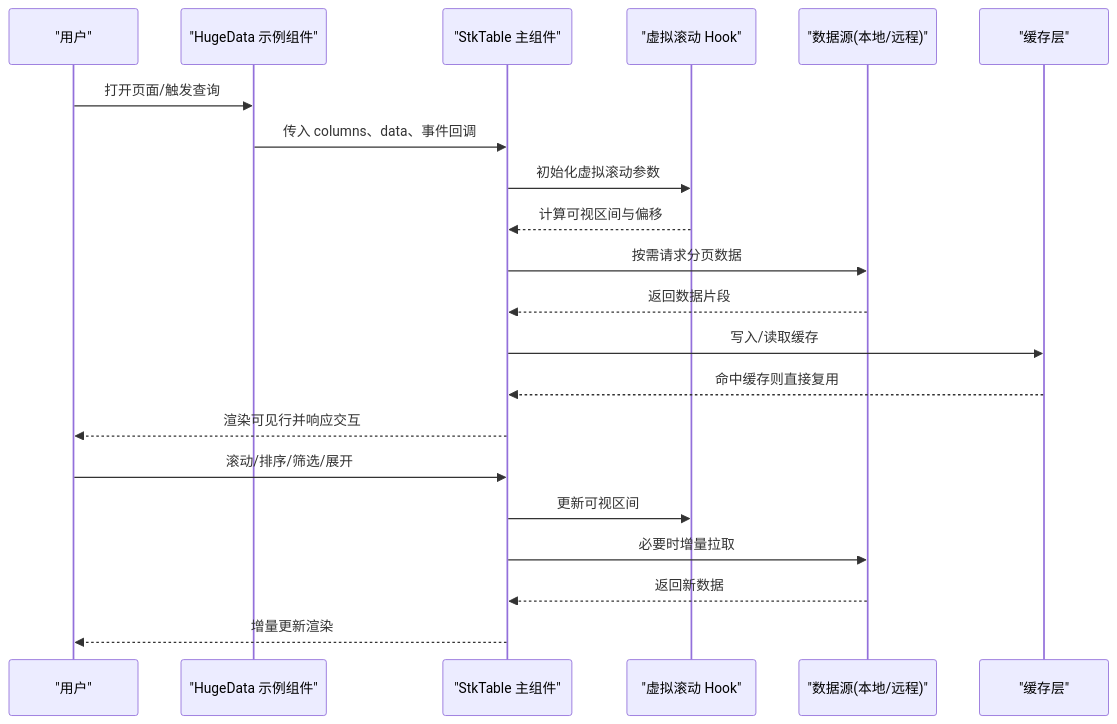
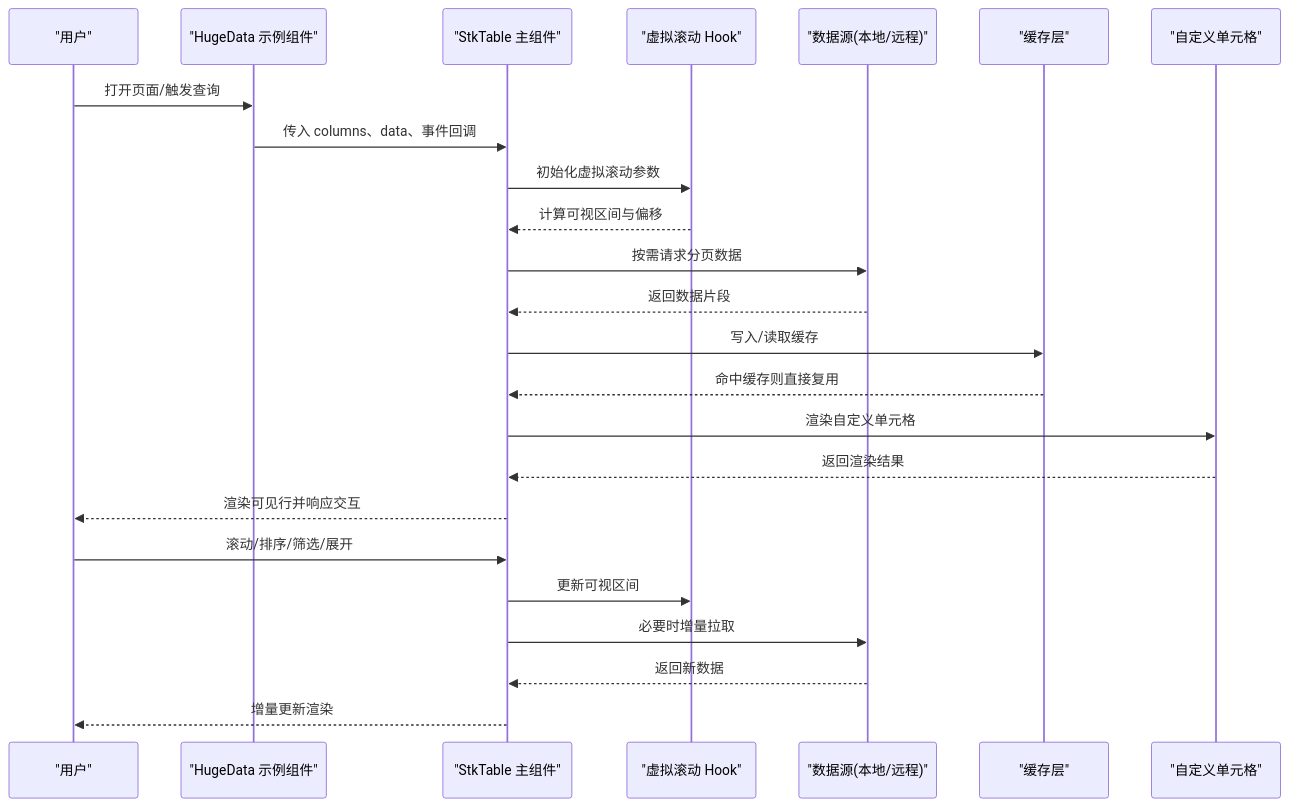
Before and after one commit to ja-plus/stk-table-vue: the second of 12 diagrams in .qoder/repowiki/zh/content/示例演示/大数据处理示例.md, drawn with Mermaid. The commit also changed other lines of this file and 56 other files, not shown here.

````diff
--- a/.qoder/repowiki/zh/content/示例演示/大数据处理示例.md
+++ b/.qoder/repowiki/zh/content/示例演示/大数据处理示例.md
@@ -150,23 +164,26 @@
 ```mermaid
 sequenceDiagram
 participant U as "用户"
 participant C as "HugeData 示例组件"
 participant T as "StkTable 主组件"
 participant V as "虚拟滚动 Hook"
 participant D as "数据源(本地/远程)"
 participant H as "缓存层"
+participant CC as "自定义单元格"
 U->>C : 打开页面/触发查询
 C->>T : 传入 columns、data、事件回调
 T->>V : 初始化虚拟滚动参数
 V-->>T : 计算可视区间与偏移
 T->>D : 按需请求分页数据
 D-->>T : 返回数据片段
 T->>H : 写入/读取缓存
 H-->>T : 命中缓存则直接复用
+T->>CC : 渲染自定义单元格
+CC-->>T : 返回渲染结果
 T-->>U : 渲染可见行并响应交互
 U->>T : 滚动/排序/筛选/展开
 T->>V : 更新可视区间
 T->>D : 必要时增量拉取
 D-->>T : 返回新数据
 T-->>U : 增量更新渲染
 ```
````
